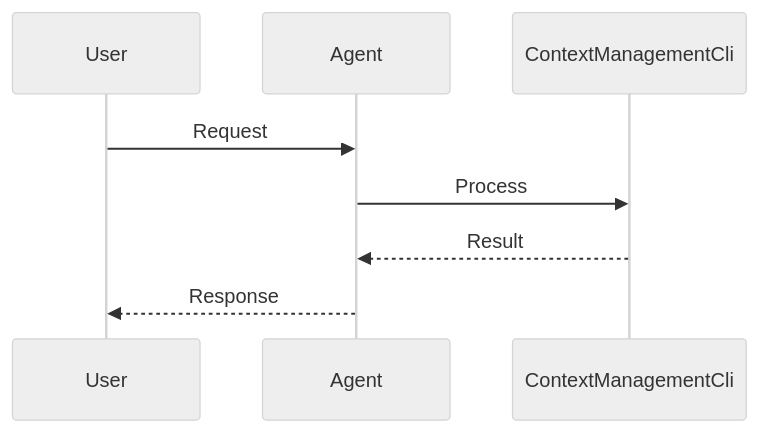
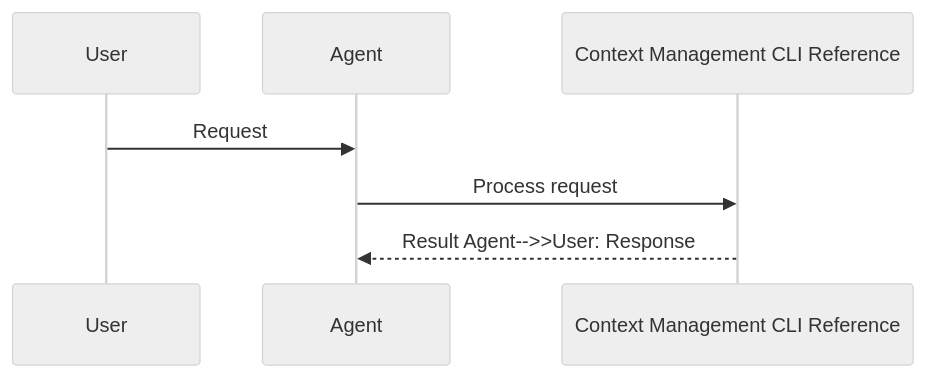
The second of 2 diagrams in docs/features/context-cli-reference.mdx (MervinPraison/PraisonAIDocs), drawn with Mermaid (neutral theme) before and after one commit. The commit also changed other lines of this file and 204 other files, not shown here.

First line of the commit message:
docs: align feature/tool pages with AGENTS.md hero, sequence, and import standards (#1777)

````diff
--- a/docs/features/context-cli-reference.mdx
+++ b/docs/features/context-cli-reference.mdx
@@ -48,11 +48,10 @@
 ```mermaid
 sequenceDiagram
     participant User
     participant Agent
-    participant ContextManagementCli
+    participant Feature as Context Management CLI Reference
 
     User->>Agent: Request
-    Agent->>ContextManagementCli: Process
-    ContextManagementCli-->>Agent: Result
-    Agent-->>User: Response
+    Agent->>Feature: Process request
+    Feature-->>Agent: Result    Agent-->>User: Response
 ```
````
